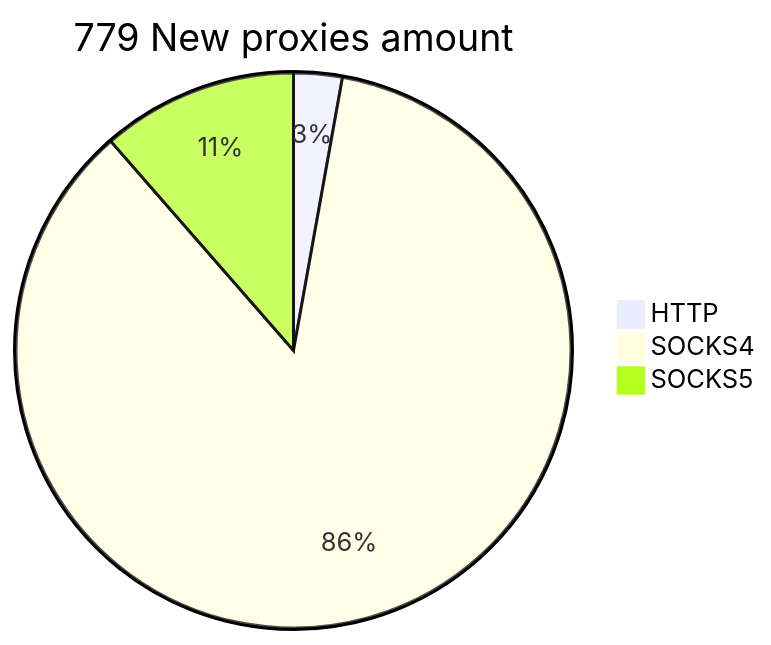
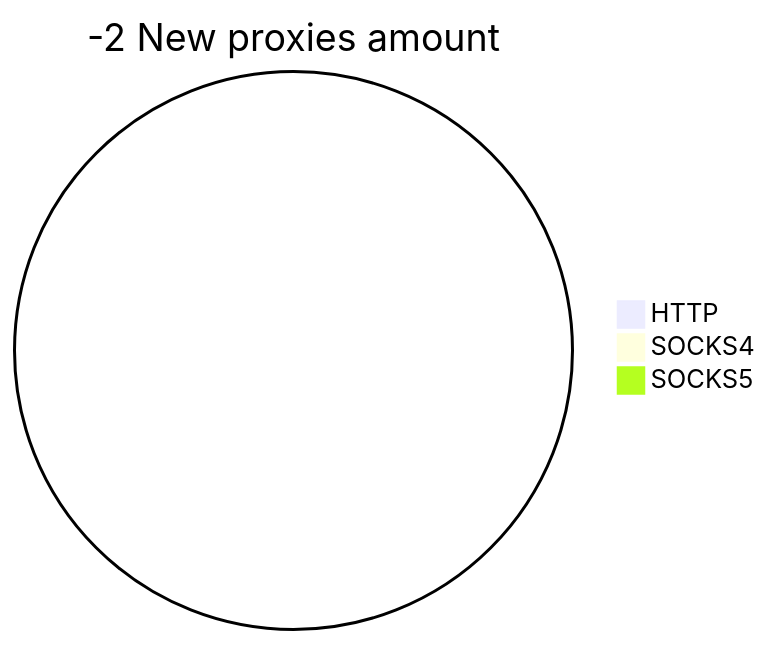
The second of 2 diagrams in README.md (cutipu/proxylist), drawn with Mermaid before and after one commit. The commit also changed other lines of this file, not shown here.

````diff
--- a/README.md
+++ b/README.md
@@ -10,6 +10,6 @@
 ```mermaid
-pie title 779 New proxies amount
-    "HTTP" : 22
-    "SOCKS4" : 668
-    "SOCKS5" : 89
+pie title -2 New proxies amount
+    "HTTP" : 0
+    "SOCKS4" : 0
+    "SOCKS5" : 0
 ```
````
